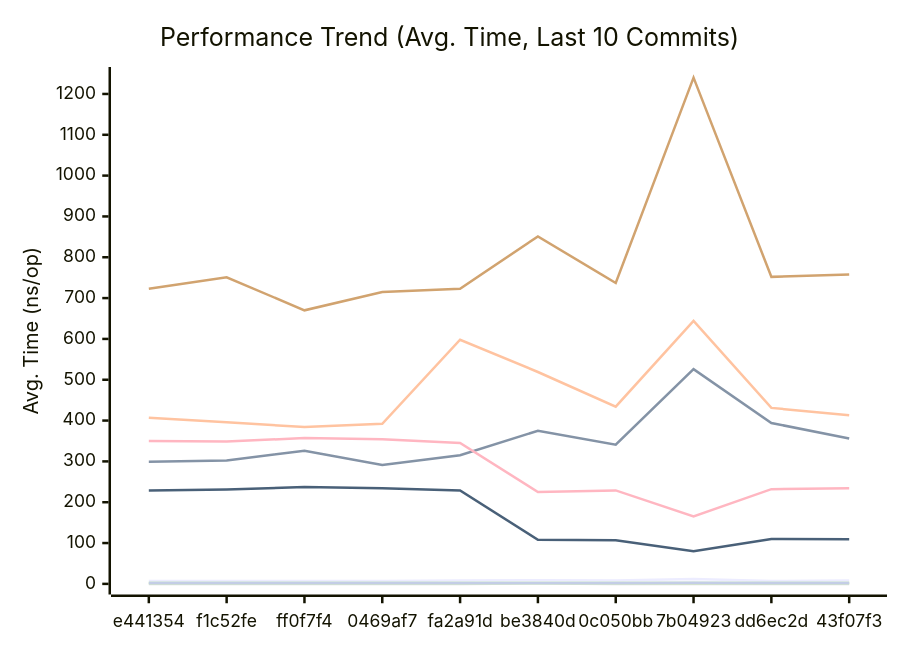
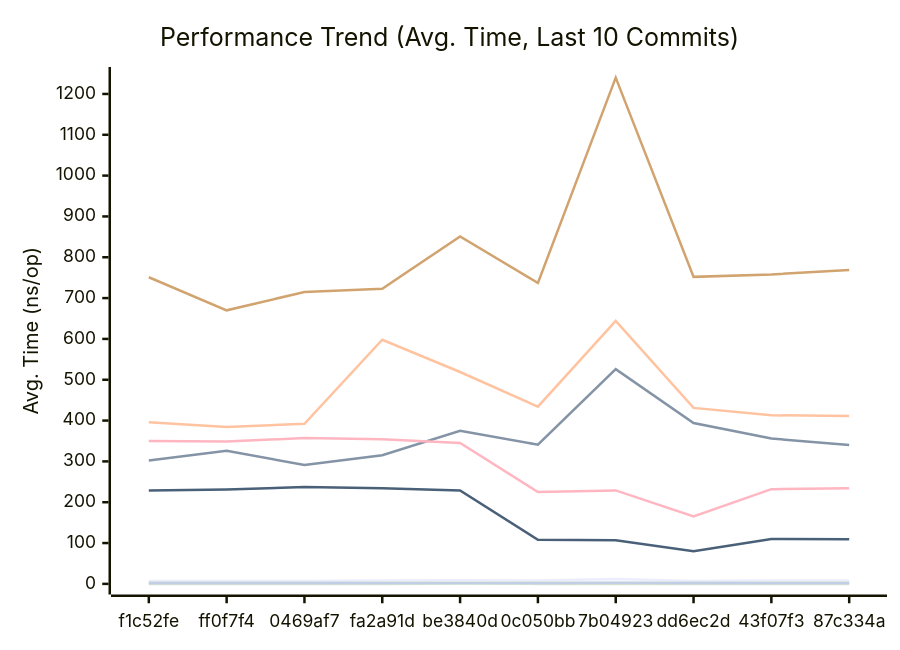
One commit to alsotoes/momo changed the first of 3 diagrams in docs/PERFORMANCE.md. Above: the diagram before and after it, drawn with Mermaid. The commit also changed other lines of this file and 3 other files, not shown here.

````diff
--- a/docs/PERFORMANCE.md
+++ b/docs/PERFORMANCE.md
@@ -80,16 +80,16 @@
 ```mermaid
 xychart-beta
     title "Performance Trend (Avg. Time, Last 10 Commits)"
     x-axis "Commit"
     y-axis "Avg. Time (ns/op)"
-    x-axis [e441354,f1c52fe,ff0f7f4,0469af7,fa2a91d,be3840d,0c050bb,7b04923,dd6ec2d,43f07f3]
-    line "CheckMetricsAndSwap" [7,7,7,7,8,9,8,12,7,8]
-    line "CrushOptimized" [299,302,326,291,315,375,341,526,394,356]
-    line "CrushOriginal" [407,396,384,392,598,519,434,644,431,413]
-    line "IndexDirectTracking" [0,0,0,0,0,1,0,0,0,0]
+    x-axis [f1c52fe,ff0f7f4,0469af7,fa2a91d,be3840d,0c050bb,7b04923,dd6ec2d,43f07f3,87c334a]
+    line "CheckMetricsAndSwap" [7,7,7,8,9,8,12,7,8,8]
+    line "CrushOptimized" [302,326,291,315,375,341,526,394,356,340]
+    line "CrushOriginal" [396,384,392,598,519,434,644,431,413,411]
+    line "IndexDirectTracking" [0,0,0,0,1,0,0,0,0,0]
     line "IndexSearch" [2,2,2,2,2,2,2,2,2,2]
-    line "LoadGlobalConfig" [723,751,670,715,723,851,737,1240,752,758]
-    line "PadString" [2,2,2,2,2,2,2,3,2,2]
+    line "LoadGlobalConfig" [751,670,715,723,851,737,1240,752,758,769]
+    line "PadString" [2,2,2,2,2,2,3,2,2,2]
     line "ParseReplicationOrder_NoPrealloc" [350,349,357,354,345,225,229,165,232,234]
     line "ParseReplicationOrder_Prealloc" [229,231,237,234,229,108,107,80,110,109]
 ```
````
